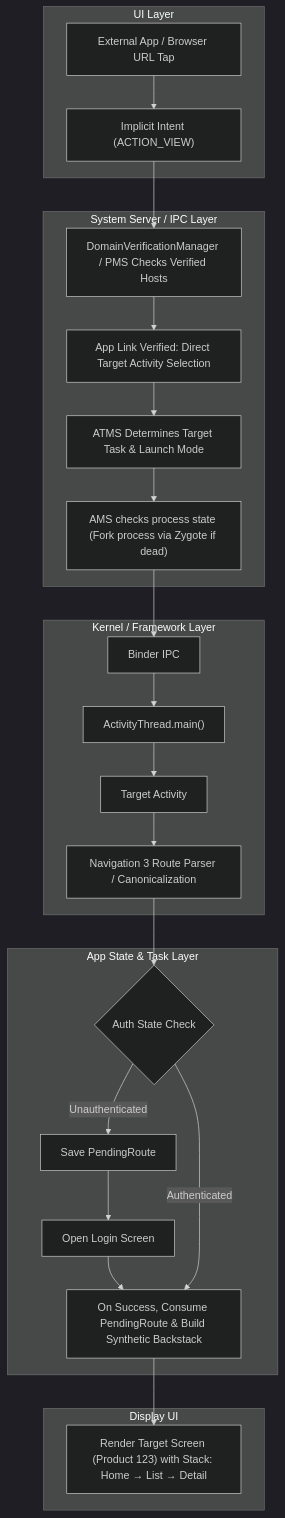
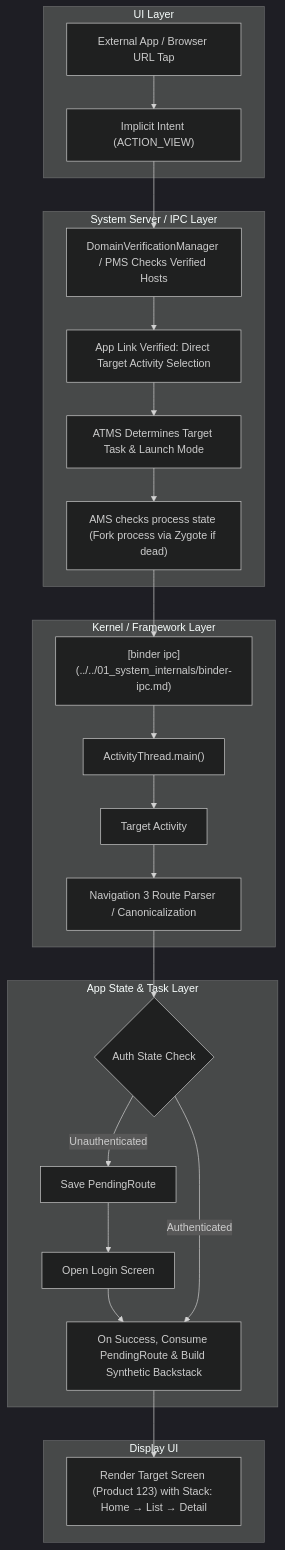
Before and after one commit to youngmin-gwon/what-i-studied: the diagram in 01_inbox/mobile/android/00_foundations/worked-examples/03-deep-link-to-correct-task-and-screen-state.md, drawn with Mermaid (dark theme). The commit also changed 185 other files, not shown here.

````diff
--- a/01_inbox/mobile/android/00_foundations/worked-examples/03-deep-link-to-correct-task-and-screen-state.md
+++ b/01_inbox/mobile/android/00_foundations/worked-examples/03-deep-link-to-correct-task-and-screen-state.md
@@ -29,35 +29,35 @@
 ```mermaid
 flowchart TD
     subgraph UI["UI Layer"]
         ui1["External App / Browser URL Tap"] --> ui2["Implicit Intent (ACTION_VIEW)"]
     end
 
     subgraph SYS["System Server / IPC Layer"]
         sys1["DomainVerificationManager / PMS Checks Verified Hosts"] --> sys2["App Link Verified: Direct Target Activity Selection"]
         sys2 --> sys3["ATMS Determines Target Task & Launch Mode"]
         sys3 --> sys4["AMS checks process state (Fork process via Zygote if dead)"]
     end
 
     subgraph KERNEL["Kernel / Framework Layer"]
-        k1["Binder IPC"] --> k2["ActivityThread.main()"]
+        k1["[binder ipc](../../01_system_internals/binder-ipc.md)"] --> k2["ActivityThread.main()"]
         k2 --> k3["Target Activity"]
         k3 --> k4["Navigation 3 Route Parser / Canonicalization"]
     end
 
     subgraph TASK["App State & Task Layer"]
         auth{"Auth State Check"}
         auth -- "Unauthenticated" --> save["Save PendingRoute"]
         save --> login["Open Login Screen"]
         login --> resume["On Success, Consume PendingRoute & Build Synthetic Backstack"]
         auth -- "Authenticated" --> resume
     end
 
     subgraph DISPLAY["Display UI"]
         disp["Render Target Screen (Product 123) with Stack: Home → List → Detail"]
     end
 
     ui2 --> sys1
     sys4 --> k1
     k4 --> auth
     resume --> disp
 ```
````
